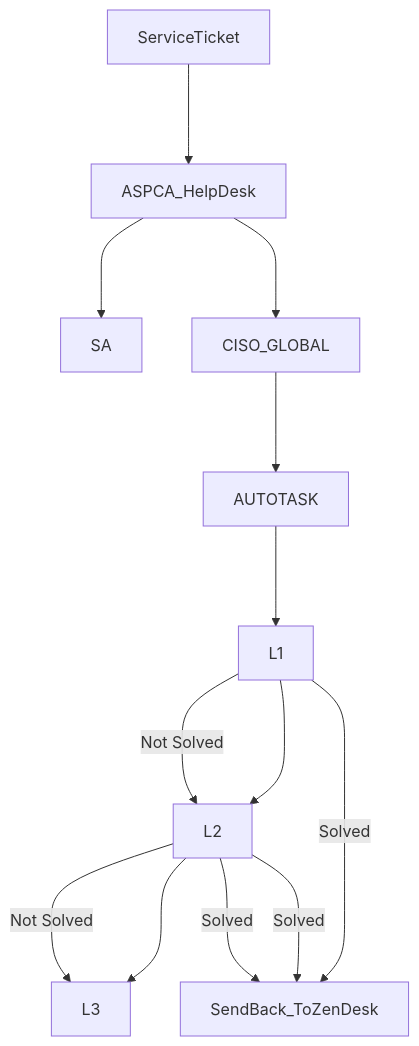
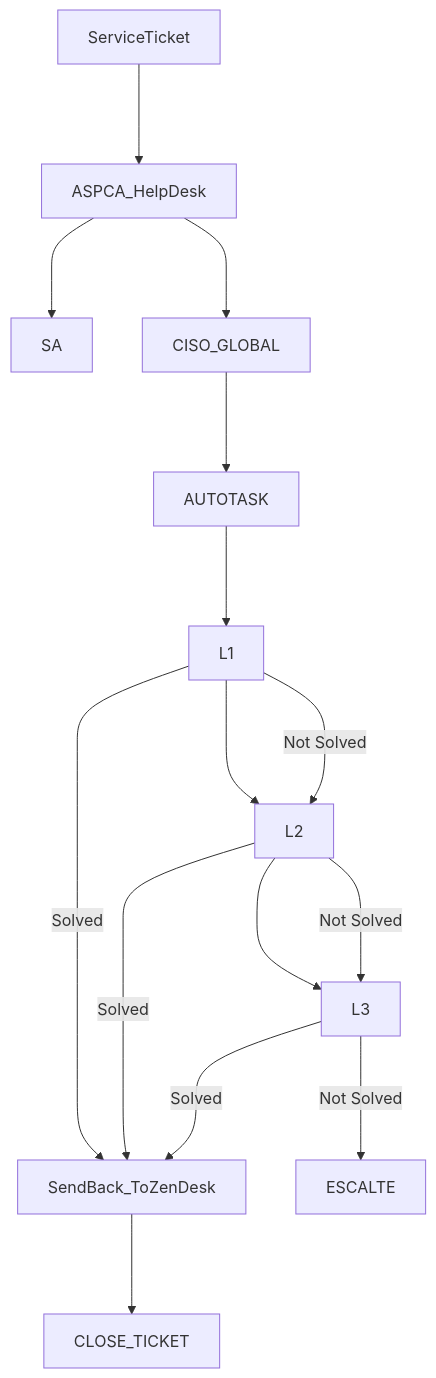
Before and after one commit to ilya-koyfman/Obsidian-Ilya: the diagram in PROJECTS/MSP/NOTES/Service Desk Talk - 3-10-2023.md, drawn with Mermaid. The commit also changed other lines of this file, not shown here.

````diff
--- a/PROJECTS/MSP/NOTES/Service Desk Talk - 3-10-2023.md
+++ b/PROJECTS/MSP/NOTES/Service Desk Talk - 3-10-2023.md
@@ -13,12 +13,14 @@
 ```mermaid
 flowchart TD 
 ServiceTicket ---> ASPCA_HelpDesk
 ASPCA_HelpDesk ---> SA
 ASPCA_HelpDesk ---> CISO_GLOBAL ---> AUTOTASK
 AUTOTASK ---> L1 ---> L2 --> L3
 L1 ---> |Solved| SendBack_ToZenDesk
 L1 ---> |Not Solved| L2
 L2 ---> |Solved| SendBack_ToZenDesk
 L2 ---> |Not Solved| L3
-L2 ---> |Solved| SendBack_ToZenDesk
+L3 ---> |Solved| SendBack_ToZenDesk
+L3 ---> |Not Solved| ESCALTE
+SendBack_ToZenDesk ---> CLOSE_TICKET
 ```
````
